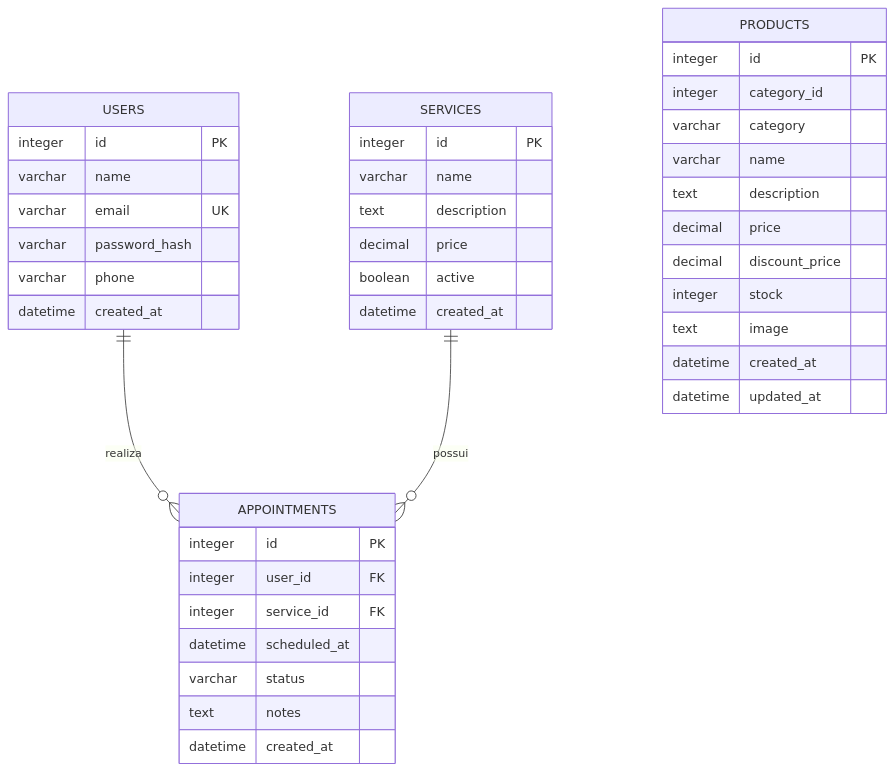
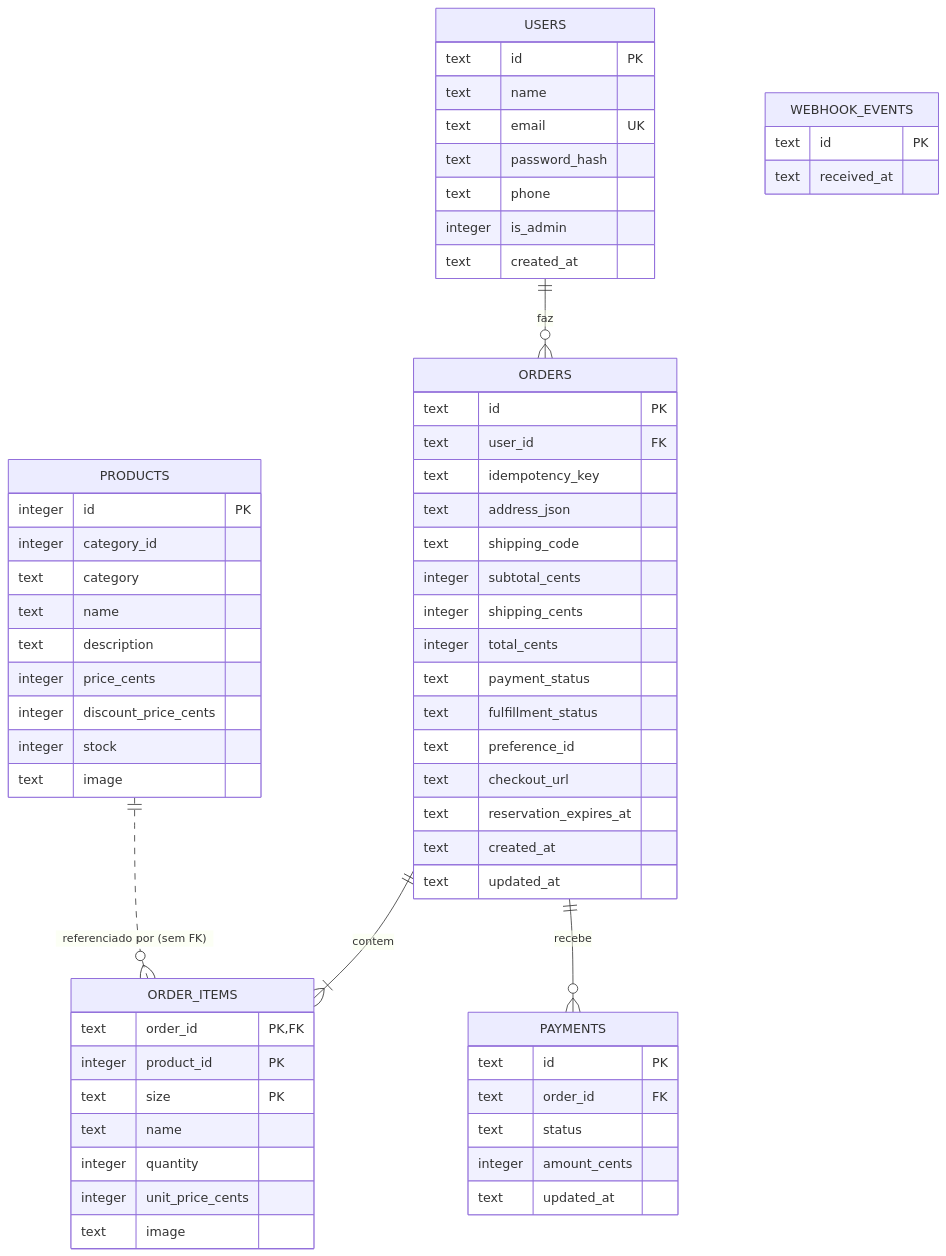
Before and after one commit to 0-PedroHenrique-0/Galeria-Seleta-Mobile: the diagram in docs/Sprint-1/DER.md, drawn with Mermaid. The commit also changed other lines of this file and 8 other files, not shown here.

First line of the commit message:
docs: corrige o DER e o schema e registra a Sprint 2

````diff
--- a/docs/Sprint-1/DER.md
+++ b/docs/Sprint-1/DER.md
@@ -5,47 +7,70 @@
 ```mermaid
 erDiagram
-    USERS ||--o{ APPOINTMENTS : realiza
-    SERVICES ||--o{ APPOINTMENTS : possui
+    USERS ||--o{ ORDERS : faz
+    ORDERS ||--|{ ORDER_ITEMS : contem
+    ORDERS ||--o{ PAYMENTS : recebe
+    PRODUCTS ||..o{ ORDER_ITEMS : "referenciado por (sem FK)"
 
     USERS {
-        integer id PK
-        varchar name
-        varchar email UK
-        varchar password_hash
-        varchar phone
-        datetime created_at
-    }
-
-    SERVICES {
-        integer id PK
-        varchar name
-        text description
-        decimal price
-        boolean active
-        datetime created_at
-    }
-
-    APPOINTMENTS {
-        integer id PK
-        integer user_id FK
-        integer service_id FK
-        datetime scheduled_at
-        varchar status
-        text notes
-        datetime created_at
+        text id PK
+        text name
+        text email UK
+        text password_hash
+        text phone
+        integer is_admin
+        text created_at
     }
 
     PRODUCTS {
         integer id PK
         integer category_id
-        varchar category
-        varchar name
+        text category
+        text name
         text description
-        decimal price
-        decimal discount_price
+        integer price_cents
+        integer discount_price_cents
         integer stock
         text image
-        datetime created_at
-        datetime updated_at
+    }
+
+    ORDERS {
+        text id PK
+        text user_id FK
+        text idempotency_key
+        text address_json
+        text shipping_code
+        integer subtotal_cents
+        integer shipping_cents
+        integer total_cents
+        text payment_status
+        text fulfillment_status
+        text preference_id
+        text checkout_url
+        text reservation_expires_at
+        text created_at
+        text updated_at
+    }
+
+    ORDER_ITEMS {
+        text order_id PK, FK
+        integer product_id PK
+        text size PK
+        text name
+        integer quantity
+        integer unit_price_cents
+        text image
+    }
+
+    PAYMENTS {
+        text id PK
+        text order_id FK
+        text status
+        integer amount_cents
+        text updated_at
+    }
+
+    WEBHOOK_EVENTS {
+        text id PK
+        text received_at
     }
 ```
````
